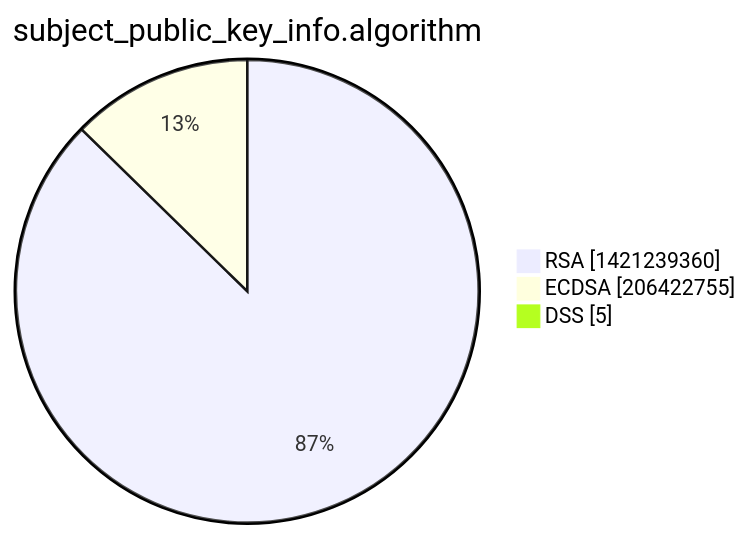
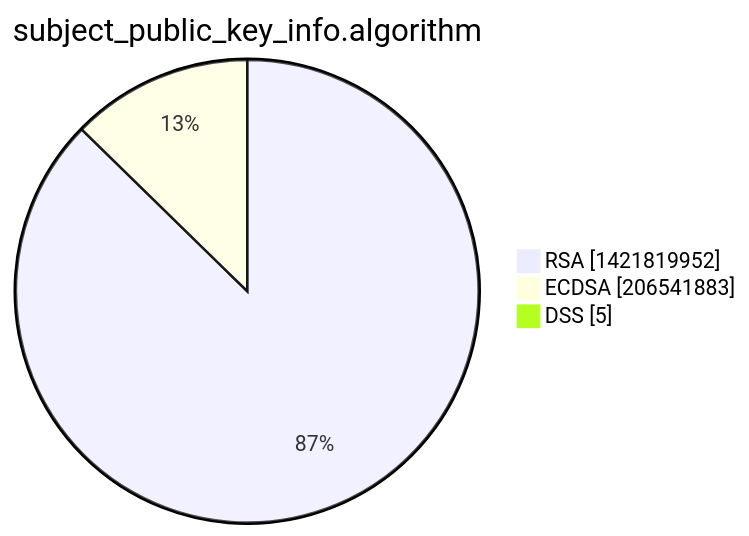
The third of 15 diagrams in xenon2022/README.md (christiankrug/ctmonitor_visualization), drawn with Mermaid before and after one commit. The commit also changed other lines of this file, not shown here.

````diff
--- a/xenon2022/README.md
+++ b/xenon2022/README.md
@@ -14,7 +14,7 @@
 ```mermaid
 pie showData
 title subject_public_key_info.algorithm
-"RSA" :1421239360
-"ECDSA" :206422755
+"RSA" :1421819952
+"ECDSA" :206541883
 "DSS" :5
 ```
````
